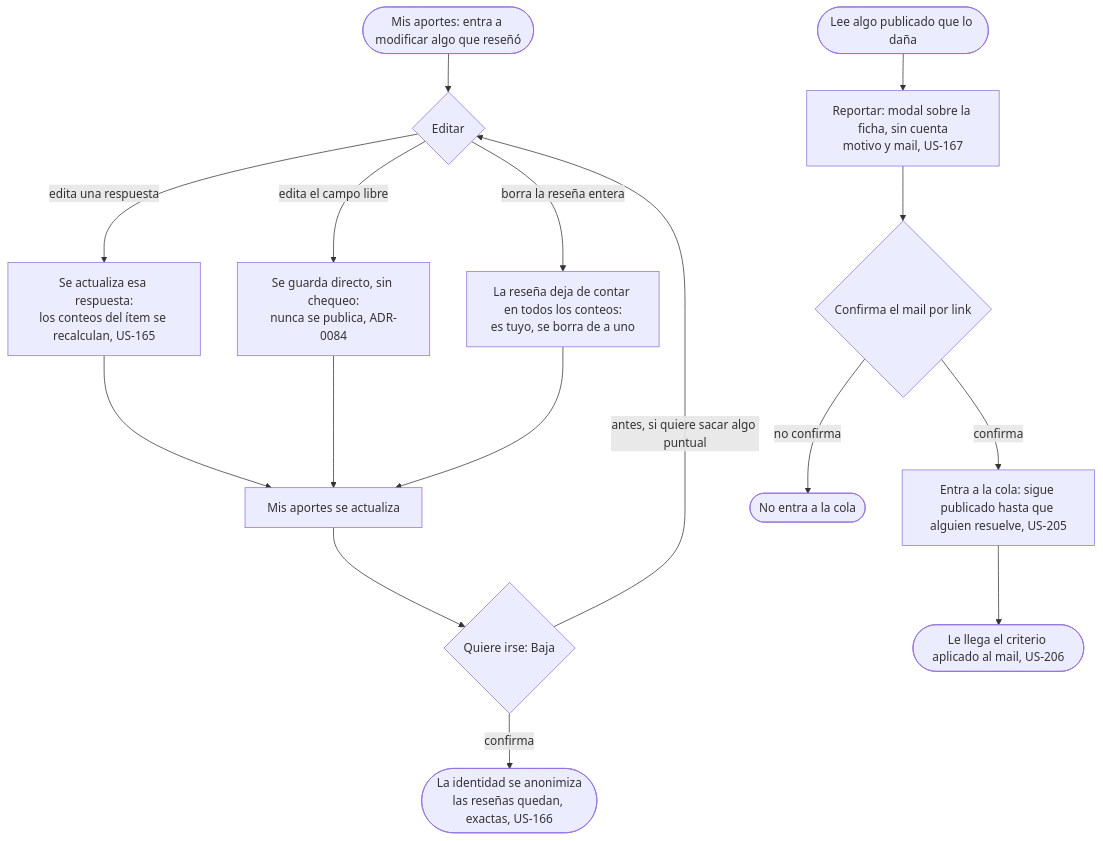
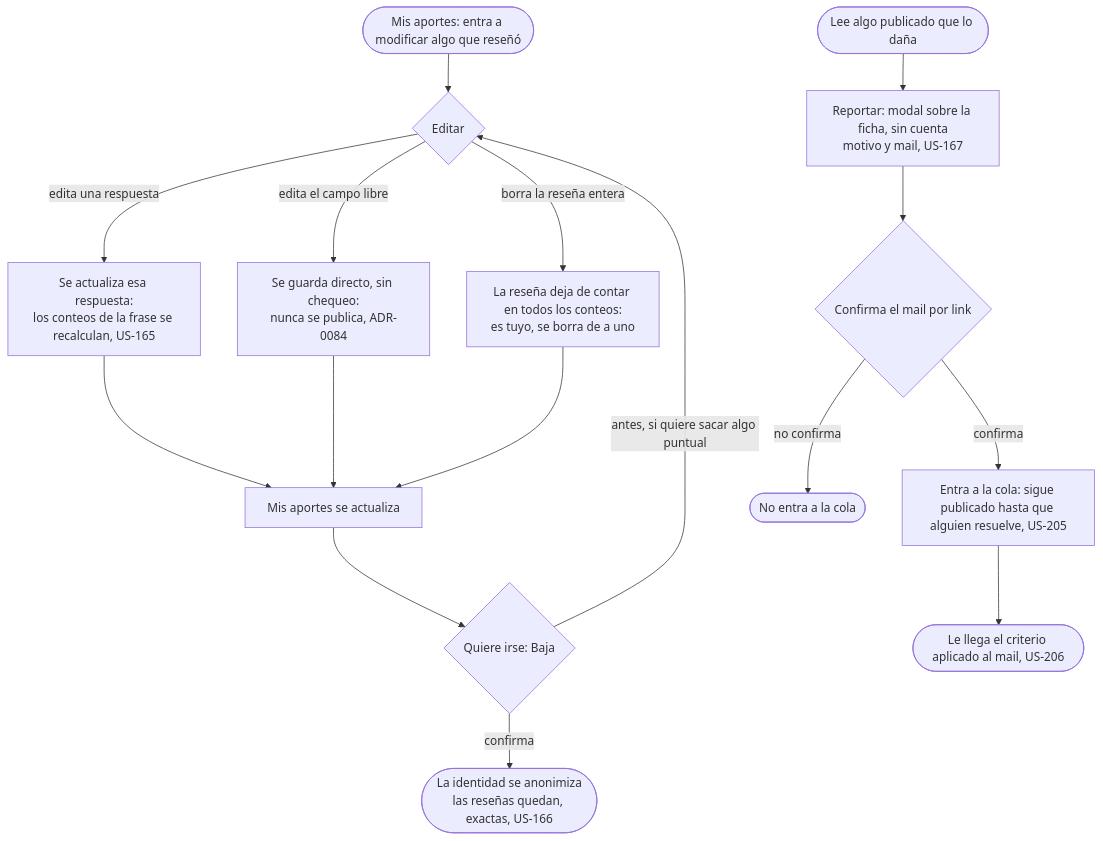
Before and after one commit to lucasidev/plan-b: the diagram in docs/product/student/undo/flow.md, drawn with Mermaid. The commit also changed other lines of this file and 82 other files, not shown here.

````diff
--- a/docs/product/student/undo/flow.md
+++ b/docs/product/student/undo/flow.md
@@ -5,19 +5,19 @@
 ```mermaid
 flowchart TD
   A([Mis aportes: entra a modificar algo que reseñó]) --> B{Editar}
-  B -->|edita una respuesta| B1[Se actualiza esa respuesta:<br/>los conteos del ítem se recalculan, US-165]
+  B -->|edita una respuesta| B1[Se actualiza esa respuesta:<br/>los conteos de la frase se recalculan, US-165]
   B -->|edita el campo libre| B1b[Se guarda directo, sin chequeo:<br/>nunca se publica, ADR-0084]
   B -->|borra la reseña entera| B2[La reseña deja de contar en todos los conteos:<br/>es tuyo, se borra de a uno]
   B1 --> C[Mis aportes se actualiza]
   B1b --> C
   B2 --> C
   C --> D{Quiere irse: Baja}
   D -->|antes, si quiere sacar algo puntual| B
   D -->|confirma| E([La identidad se anonimiza<br/>las reseñas quedan, exactas, US-166])
 
   F([Lee algo publicado que lo daña]) --> G[Reportar: modal sobre la ficha, sin cuenta<br/>motivo y mail, US-167]
   G --> H{Confirma el mail por link}
   H -->|no confirma| H1([No entra a la cola])
   H -->|confirma| I[Entra a la cola: sigue publicado hasta que alguien resuelve, US-205]
   I --> J([Le llega el criterio aplicado al mail, US-206])
 ```
````
